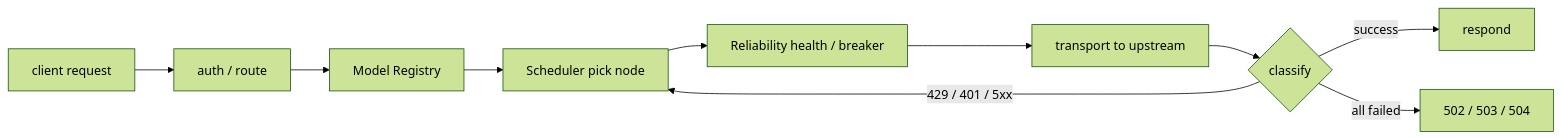
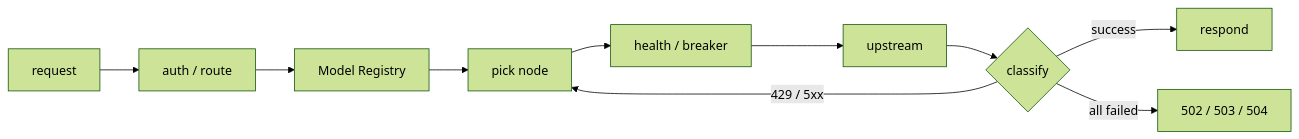
The diagram in README_EN.md (fongap/ai-gateway), drawn with Mermaid (forest theme) before and after one commit. The commit also changed other lines of this file and 3 other files, not shown here.

First line of the commit message:
docs: restyle README landing page and sync architecture/config docs

````diff
--- a/README_EN.md
+++ b/README_EN.md
@@ -43,12 +21,12 @@
 ```mermaid
 flowchart LR
-    A[client request] --> B[auth / route]
+    A[request] --> B[auth / route]
     B --> C[Model Registry]
-    C --> D[Scheduler pick node]
-    D --> E[Reliability health / breaker]
-    E --> F[transport to upstream]
+    C --> D[pick node]
+    D --> E[health / breaker]
+    E --> F[upstream]
     F --> G{classify}
     G -- success --> H[respond]
-    G -- 429 / 401 / 5xx --> D
+    G -- 429 / 5xx --> D
     G -- all failed --> I[502 / 503 / 504]
 ```
````
